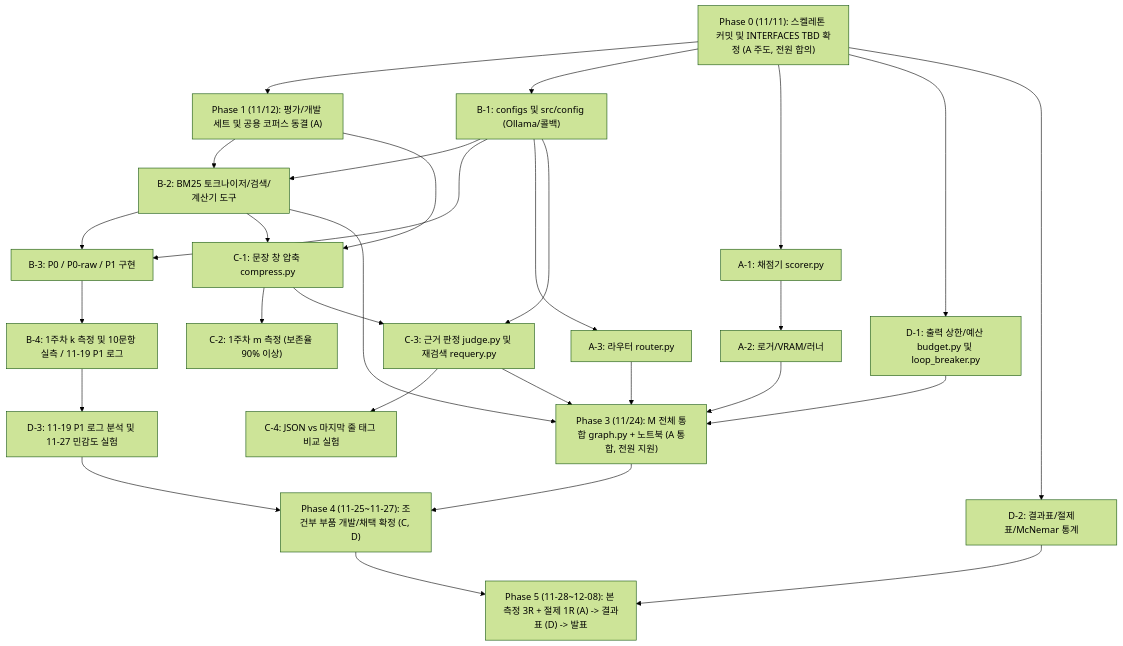
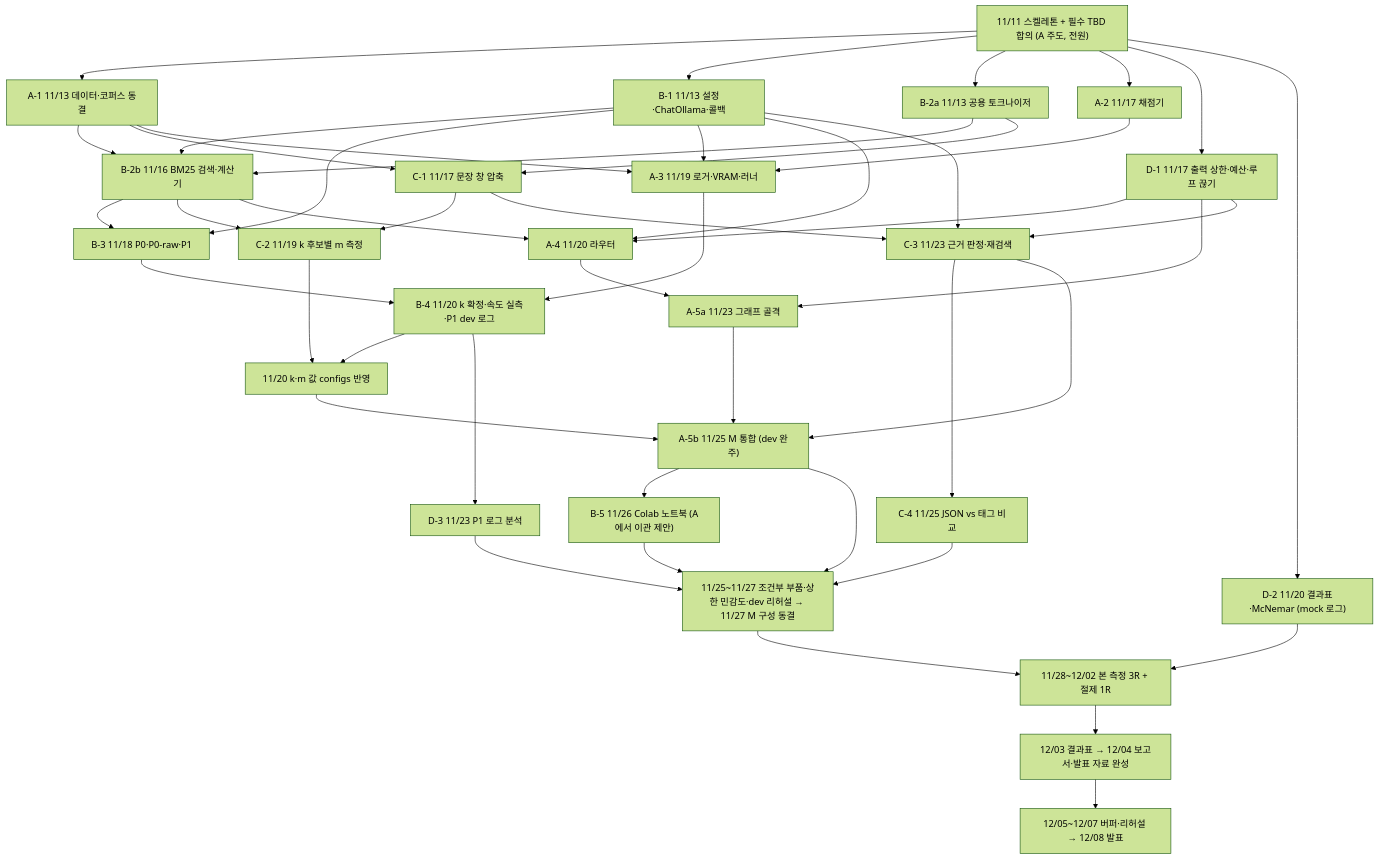
Before and after one commit to minyi-k03/Intelligence-Software-Project: the diagram in docs/IMPLEMENTATION_PLAN.md, drawn with Mermaid (forest theme). The commit also changed other lines of this file, not shown here.

````diff
--- a/docs/IMPLEMENTATION_PLAN.md
+++ b/docs/IMPLEMENTATION_PLAN.md
@@ -12,60 +42,87 @@
 ```mermaid
 flowchart TD
-    P0["Phase 0 (11/11): 스켈레톤 커밋 및 INTERFACES TBD 확정 (A 주도, 전원 합의)"]
-    P1["Phase 1 (11/12): 평가/개발 세트 및 공용 코퍼스 동결 (A)"]
+    P0["11/11 스켈레톤 + 필수 TBD 합의 (A 주도, 전원)"]
+    FRZ["A-1 11/13 데이터·코퍼스 동결"]
 
-    B1["B-1: configs 및 src/config (Ollama/콜백)"]
-    B2["B-2: BM25 토크나이저/검색/계산기 도구"]
-    B3["B-3: P0 / P0-raw / P1 구현"]
-    B4["B-4: 1주차 k 측정 및 10문항 실측 / 11-19 P1 로그"]
+    B1["B-1 11/13 설정·ChatOllama·콜백"]
+    B2a["B-2a 11/13 공용 토크나이저"]
+    B2b["B-2b 11/16 BM25 검색·계산기"]
+    B3["B-3 11/18 P0·P0-raw·P1"]
+    B4["B-4 11/20 k 확정·속도 실측·P1 dev 로그"]
+    B5["B-5 11/26 Colab 노트북 (A에서 이관 제안)"]
 
-    A1["A-1: 채점기 scorer.py"]
-    A2["A-2: 로거/VRAM/러너"]
-    A3["A-3: 라우터 router.py"]
+    A2["A-2 11/17 채점기"]
+    A3["A-3 11/19 로거·VRAM·러너"]
+    A4["A-4 11/20 라우터"]
+    A5a["A-5a 11/23 그래프 골격"]
+    A5b["A-5b 11/25 M 통합 (dev 완주)"]
 
-    C1["C-1: 문장 창 압축 compress.py"]
-    C2["C-2: 1주차 m 측정 (보존율 90% 이상)"]
-    C3["C-3: 근거 판정 judge.py 및 재검색 requery.py"]
-    C4["C-4: JSON vs 마지막 줄 태그 비교 실험"]
+    C1["C-1 11/17 문장 창 압축"]
+    C2["C-2 11/19 k 후보별 m 측정"]
+    C3["C-3 11/23 근거 판정·재검색"]
+    C4["C-4 11/25 JSON vs 태그 비교"]
 
-    D1["D-1: 출력 상한/예산 budget.py 및 loop_breaker.py"]
-    D2["D-2: 결과표/절제표/McNemar 통계"]
-    D3["D-3: 11-19 P1 로그 분석 및 11-27 민감도 실험"]
+    D1["D-1 11/17 출력 상한·예산·루프 끊기"]
+    D2["D-2 11/20 결과표·McNemar (mock 로그)"]
+    D3["D-3 11/23 P1 로그 분석"]
 
-    INT["Phase 3 (11/24): M 전체 통합 graph.py + 노트북 (A 통합, 전원 지원)"]
-    COND["Phase 4 (11-25~11-27): 조건부 부품 개발/채택 확정 (C, D)"]
-    MEAS["Phase 5 (11-28~12-08): 본 측정 3R + 절제 1R (A) -> 결과표 (D) -> 발표"]
+    KM["11/20 k·m 값 configs 반영"]
+    COND["11/25~11/27 조건부 부품·상한 민감도·dev 리허설 → 11/27 M 구성 동결"]
+    MEAS["11/28~12/02 본 측정 3R + 절제 1R"]
+    DONE["12/03 결과표 → 12/04 보고서·발표 자료 완성"]
+    BUF["12/05~12/07 버퍼·리허설 → 12/08 발표"]
 
-    P0 --> P1
+    P0 --> FRZ
     P0 --> B1
-    P0 --> A1
+    P0 --> B2a
+    P0 --> A2
     P0 --> D1
     P0 --> D2
 
-    P1 --> B2
-    P1 --> C1
-    B1 --> B2
+    FRZ --> B2b
+    B1 --> B2b
+    B2a --> B2b
+    FRZ --> C1
+    B2a --> C1
+
     B1 --> B3
-    B2 --> B3
-    B2 --> C1
+    B2b --> B3
+    FRZ --> A3
+    A2 --> A3
+    B1 --> A3
     B3 --> B4
-    B1 --> A3
-    A1 --> A2
-    B4 --> D3
+    A3 --> B4
 
     C1 --> C2
+    B2b --> C2
+    B4 --> KM
+    C2 --> KM
+
+    B1 --> A4
+    B2b --> A4
+    D1 --> A4
+    A4 --> A5a
+    D1 --> A5a
+
     B1 --> C3
     C1 --> C3
+    D1 --> C3
     C3 --> C4
 
-    A2 --> INT
-    A3 --> INT
-    B2 --> INT
-    C3 --> INT
-    D1 --> INT
+    A5a --> A5b
+    C3 --> A5b
+    KM --> A5b
 
-    INT --> COND
+    B4 --> D3
+    A5b --> B5
+
+    A5b --> COND
+    B5 --> COND
+    C4 --> COND
     D3 --> COND
+
     COND --> MEAS
     D2 --> MEAS
+    MEAS --> DONE
+    DONE --> BUF
 ```
````
